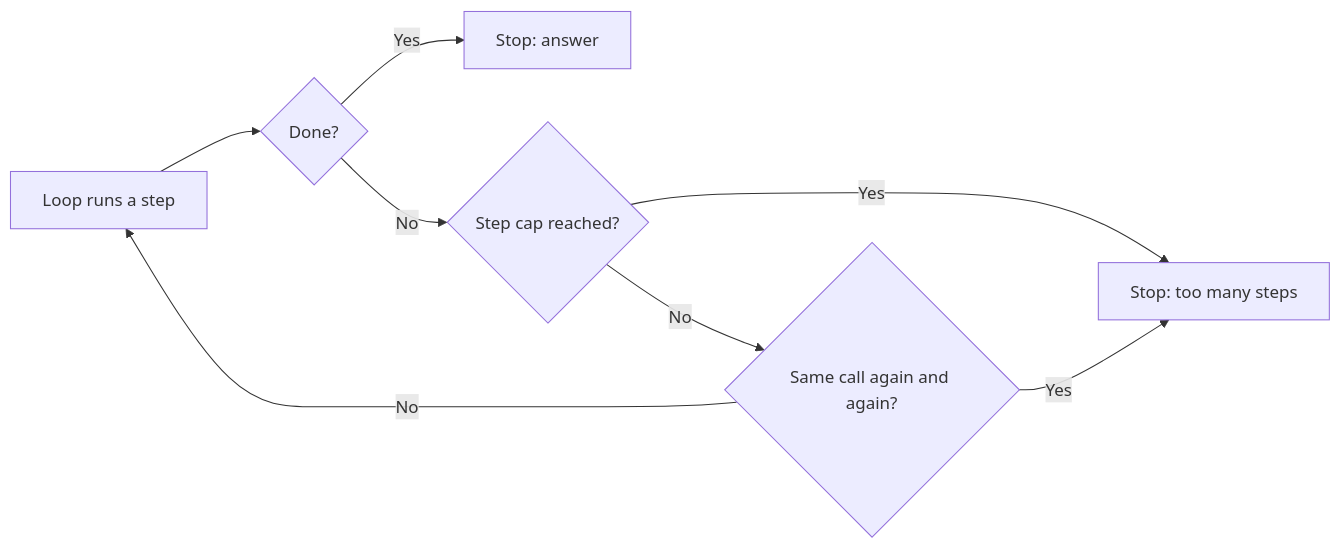
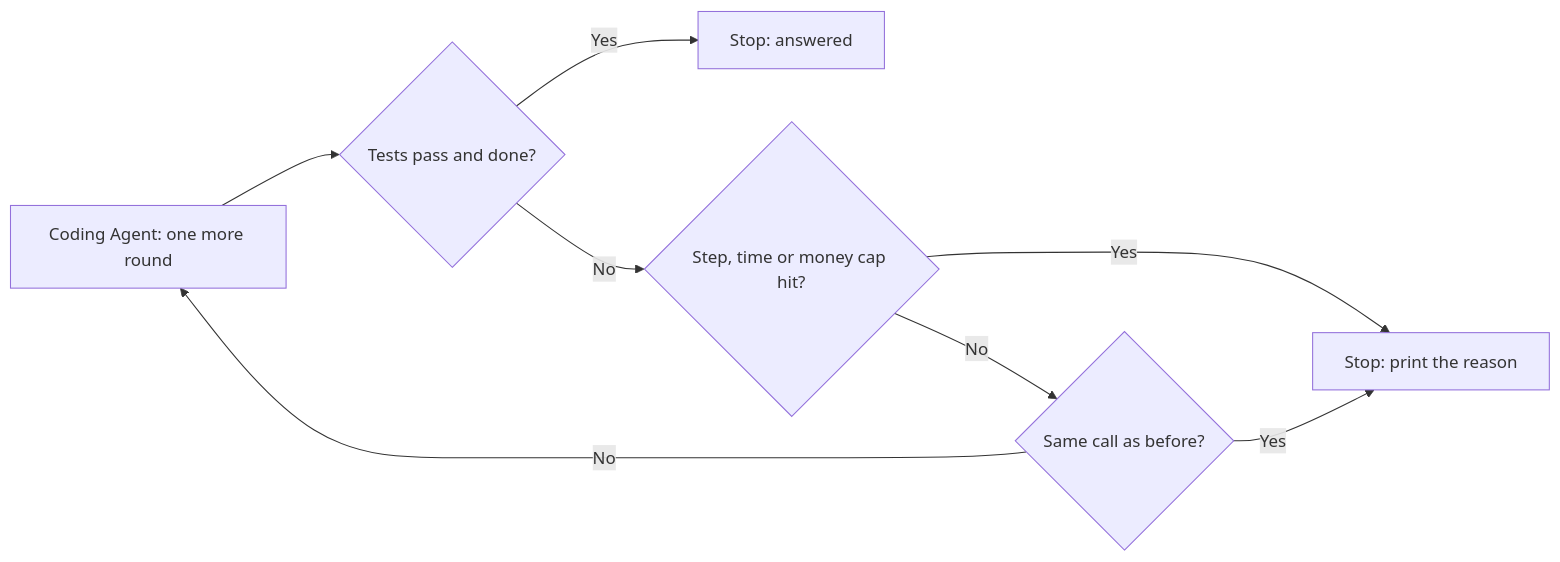
One commit to learnwithparam/agentic-ai-live-labs changed the diagram in docs/labs/15-stop-conditions.md. Above: the diagram before and after it, drawn with Mermaid. The commit also changed other lines of this file and 59 other files, not shown here.

````diff
--- a/docs/labs/15-stop-conditions.md
+++ b/docs/labs/15-stop-conditions.md
@@ -7,10 +7,10 @@
 ```mermaid
 flowchart LR
-  A["Loop runs a step"] --> B{"Done?"}
-  B -->|"Yes"| Z["Stop: answer"]
-  B -->|"No"| C{"Step cap reached?"}
-  C -->|"Yes"| Y["Stop: too many steps"]
-  C -->|"No"| D{"Same call again and again?"}
+  A["Coding Agent: one more round"] --> B{"Tests pass and done?"}
+  B -->|"Yes"| Z["Stop: answered"]
+  B -->|"No"| C{"Step, time or money cap hit?"}
+  C -->|"Yes"| Y["Stop: print the reason"]
+  C -->|"No"| D{"Same call as before?"}
   D -->|"Yes"| Y
   D -->|"No"| A
 ```
````
